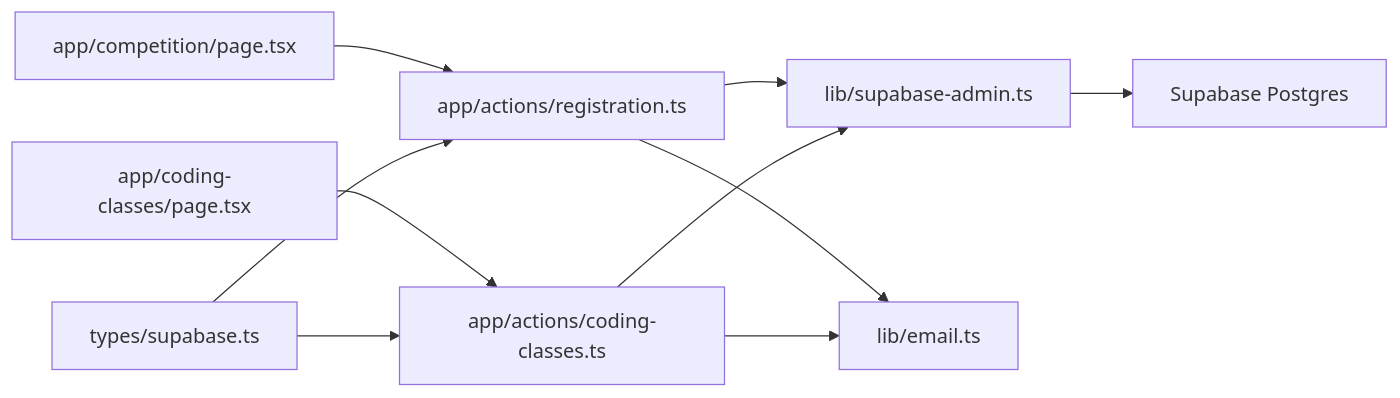
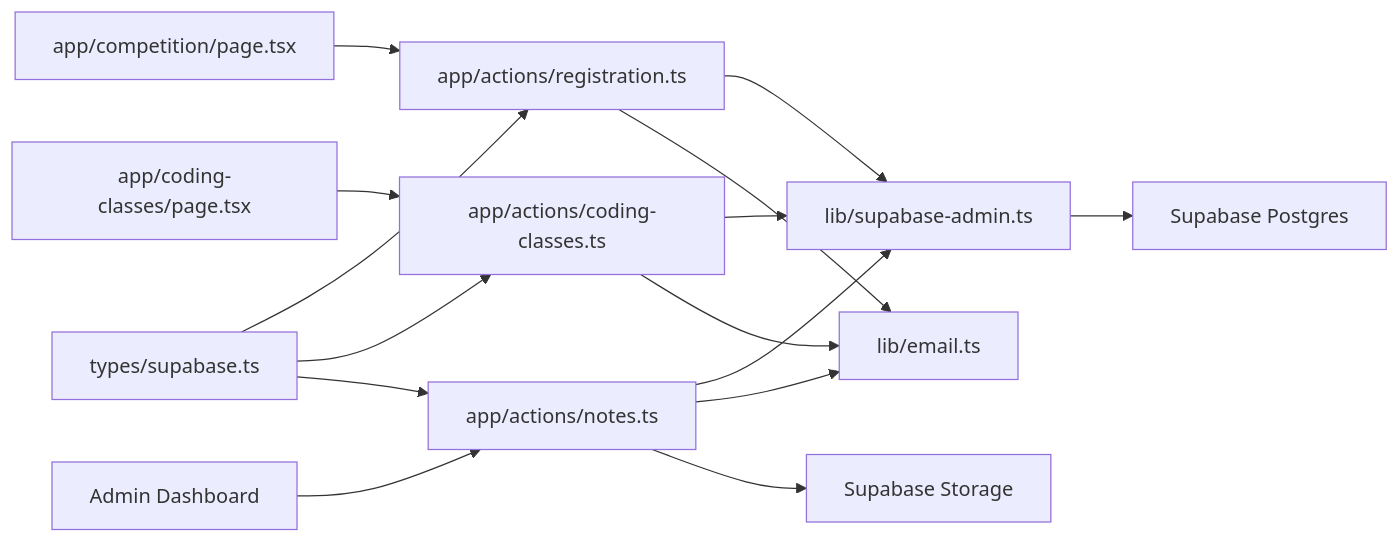
Before and after one commit to Black-box01/rhemaexpertsolutions: the eighth of 8 diagrams in .qoder/repowiki/en/content/Database Integration/Database Schema.md, drawn with Mermaid. The commit also changed other lines of this file and 31 other files, not shown here.

````diff
--- a/.qoder/repowiki/en/content/Database Integration/Database Schema.md
+++ b/.qoder/repowiki/en/content/Database Integration/Database Schema.md
@@ -303,12 +465,17 @@
 ```mermaid
 graph LR
 P1["app/competition/page.tsx"] --> A1["app/actions/registration.ts"]
 P2["app/coding-classes/page.tsx"] --> A2["app/actions/coding-classes.ts"]
+P3["Admin Dashboard"] --> A3["app/actions/notes.ts"]
 A1 --> C2["lib/supabase-admin.ts"]
 A2 --> C2
+A3 --> C2
 C2 --> DB["Supabase Postgres"]
 A1 --> E1["lib/email.ts"]
 A2 --> E1
+A3 --> E1
+A3 --> S1["Supabase Storage"]
 T1["types/supabase.ts"] --> A1
 T1 --> A2
+T1 --> A3
 ```
````
